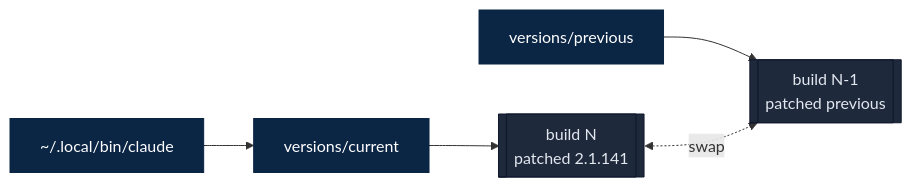
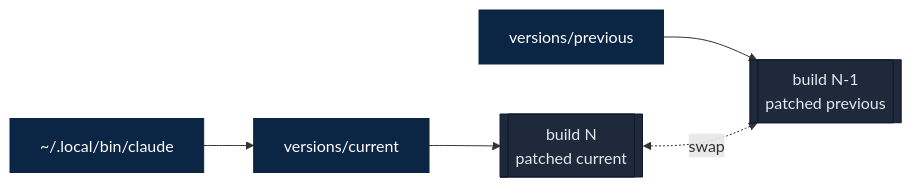
Before and after one commit to camjac251/cc-enhanced: the second of 3 diagrams in README.md, drawn with Mermaid. The commit also changed other lines of this file and 6 other files, not shown here.

````diff
--- a/README.md
+++ b/README.md
@@ -70,13 +70,13 @@
 ```mermaid
 flowchart LR
     Launcher["~/.local/bin/claude"] --> Current["versions/current"]
     Previous["versions/previous"]
-    Current --> NewBuild[["build N<br/>patched 2.1.141"]]
+    Current --> NewBuild[["build N<br/>patched current"]]
     Previous --> OldBuild[["build N-1<br/>patched previous"]]
     NewBuild <-. swap .-> OldBuild
 
     classDef sym fill:#0b2545,stroke:#0b2545,color:#fff
     classDef build fill:#1e293b,stroke:#0f172a,color:#e2e8f0
     class Launcher,Current,Previous sym
     class NewBuild,OldBuild build
 ```
````
